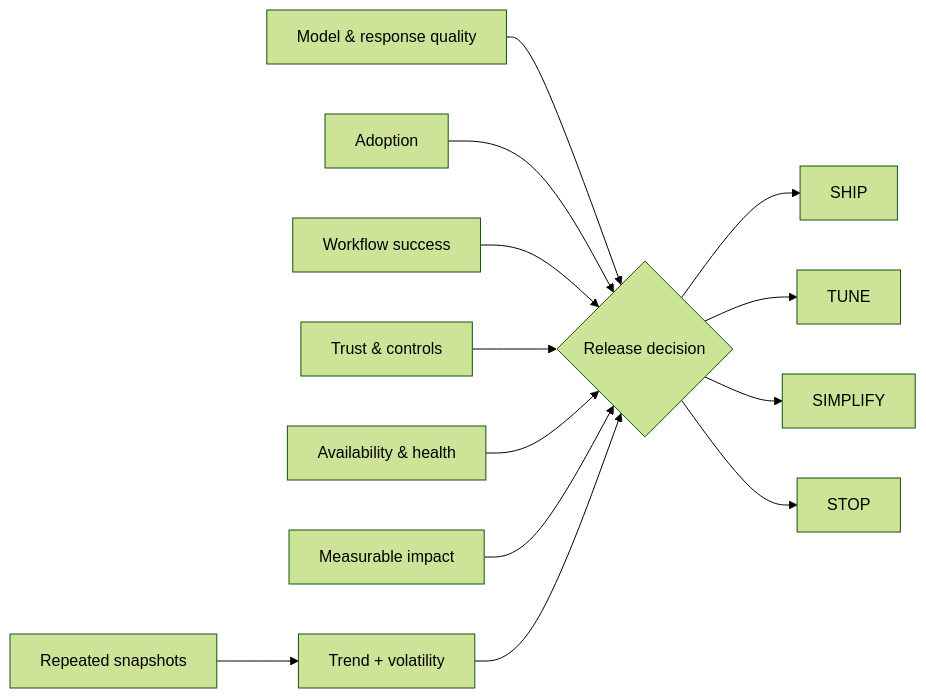
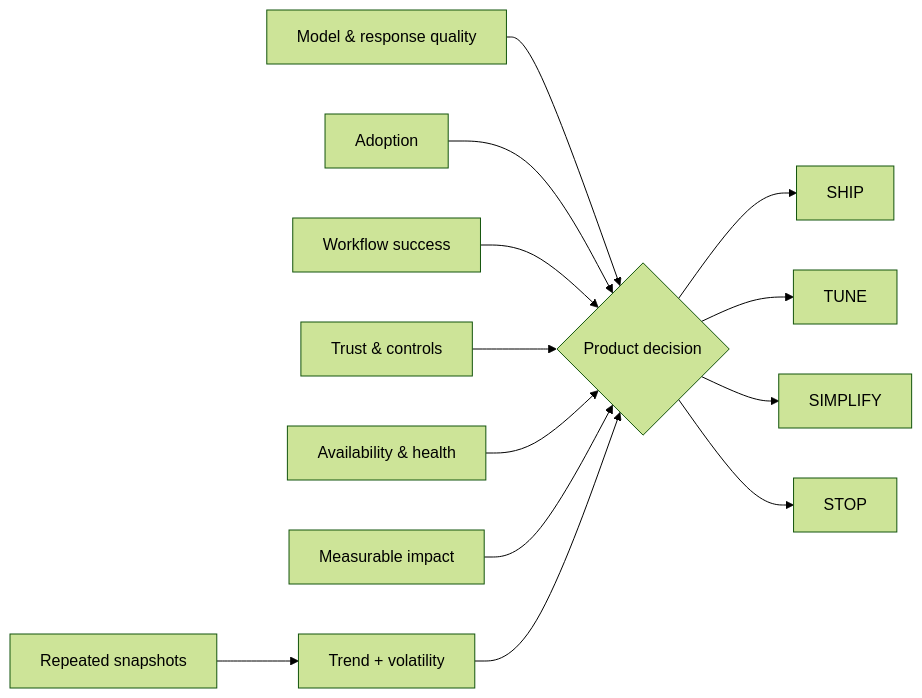
Before and after one commit to AshIntelligence/AI-Observability: the diagram in README.md, drawn with Mermaid (forest theme). The commit also changed other lines of this file, not shown here.

````diff
--- a/README.md
+++ b/README.md
@@ -29,15 +34,15 @@
 ```mermaid
 flowchart LR
-  Q[Model & response quality] --> D{Release decision}
+  Q[Model & response quality] --> D{Product decision}
   A[Adoption] --> D
   U[Workflow success] --> D
   T[Trust & controls] --> D
   H[Availability & health] --> D
   I[Measurable impact] --> D
   W[Repeated snapshots] --> V[Trend + volatility]
   V --> D
   D --> S[SHIP]
   D --> N[TUNE]
   D --> M[SIMPLIFY]
   D --> X[STOP]
 ```
````
